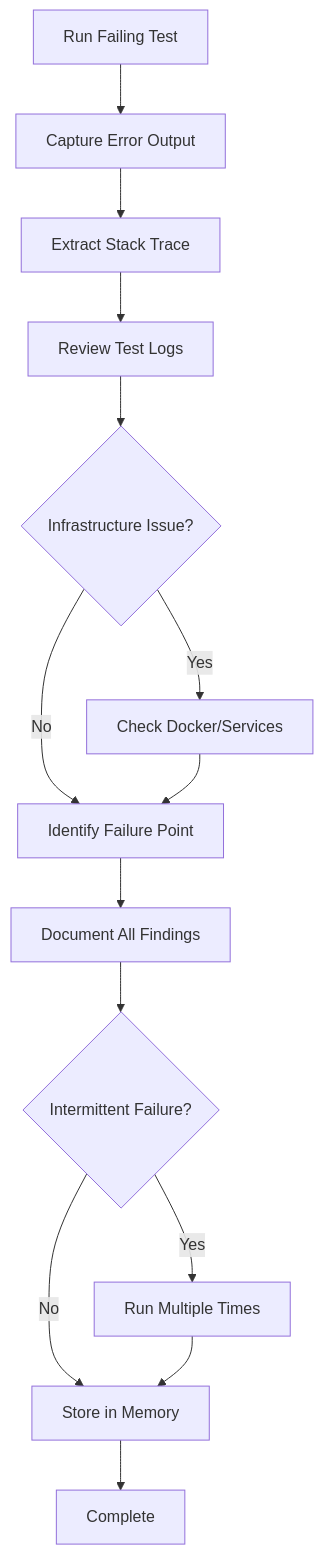
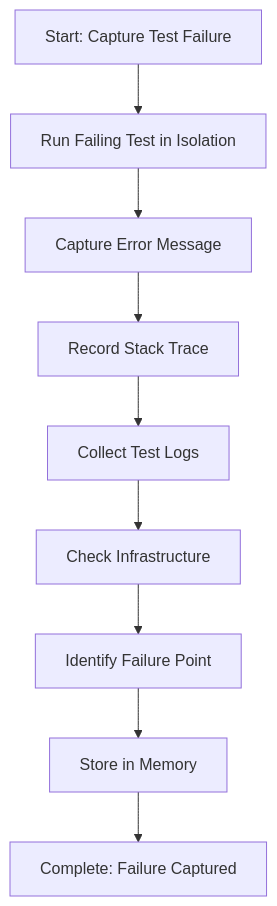
Before and after one commit to HMTools/agentic-processes: the diagram in .processes/steps/testing/capture-test-failure.md, drawn with Mermaid. The commit also changed other lines of this file and 73 other files, not shown here.

````diff
--- a/.processes/steps/testing/capture-test-failure.md
+++ b/.processes/steps/testing/capture-test-failure.md
@@ -86,16 +73,11 @@
 ```mermaid
-graph TD
-    A[Run Failing Test] --> B[Capture Error Output]
-    B --> C[Extract Stack Trace]
-    C --> D[Review Test Logs]
-    D --> E{Infrastructure Issue?}
-    E -->|Yes| F[Check Docker/Services]
-    E -->|No| G[Identify Failure Point]
-    F --> G
-    G --> H[Document All Findings]
-    H --> I{Intermittent Failure?}
-    I -->|Yes| J[Run Multiple Times]
-    I -->|No| K[Store in Memory]
-    J --> K
-    K --> L[Complete]
+flowchart TD
+    A[Start: Capture Test Failure] --> B[Run Failing Test in Isolation]
+    B --> C[Capture Error Message]
+    C --> D[Record Stack Trace]
+    D --> E[Collect Test Logs]
+    E --> F[Check Infrastructure]
+    F --> G[Identify Failure Point]
+    G --> H[Store in Memory]
+    H --> I[Complete: Failure Captured]
 ```
````
